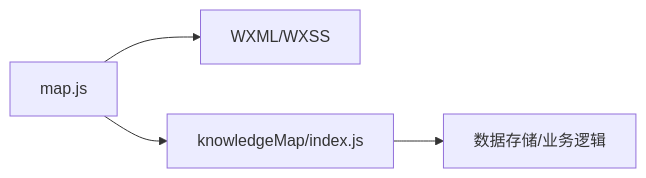
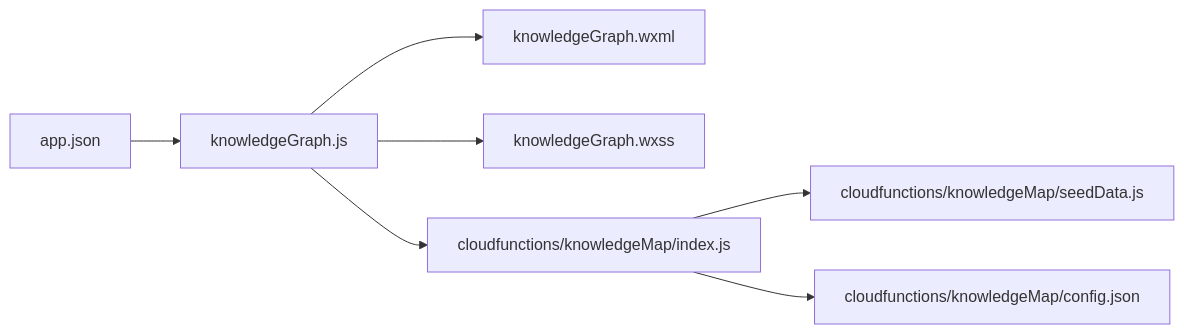
One commit to cwb7756/bio changed the fifth of 5 diagrams in .qoder/repowiki/zh/content/UI组件库/知识图谱可视化组件.md. Above: the diagram before and after it, drawn with Mermaid. The commit also changed other lines of this file and 14 other files, not shown here.

First line of the commit message:
feat(knowledgeMap): 增强知识图谱功能，新增种子数据生成器

````diff
--- a/.qoder/repowiki/zh/content/UI组件库/知识图谱可视化组件.md
+++ b/.qoder/repowiki/zh/content/UI组件库/知识图谱可视化组件.md
@@ -434,6 +218,9 @@
 ```mermaid
 graph LR
-JS["map.js"] --> WX["WXML/WXSS"]
-JS --> CF["knowledgeMap/index.js"]
-CF --> DB["数据存储/业务逻辑"]
+App["app.json"] --> PageJS["knowledgeGraph.js"]
+PageJS --> PageWXML["knowledgeGraph.wxml"]
+PageJS --> PageWXSS["knowledgeGraph.wxss"]
+PageJS --> CloudFunc["cloudfunctions/knowledgeMap/index.js"]
+CloudFunc --> Seed["cloudfunctions/knowledgeMap/seedData.js"]
+CloudFunc --> Cfg["cloudfunctions/knowledgeMap/config.json"]
 ```
````
